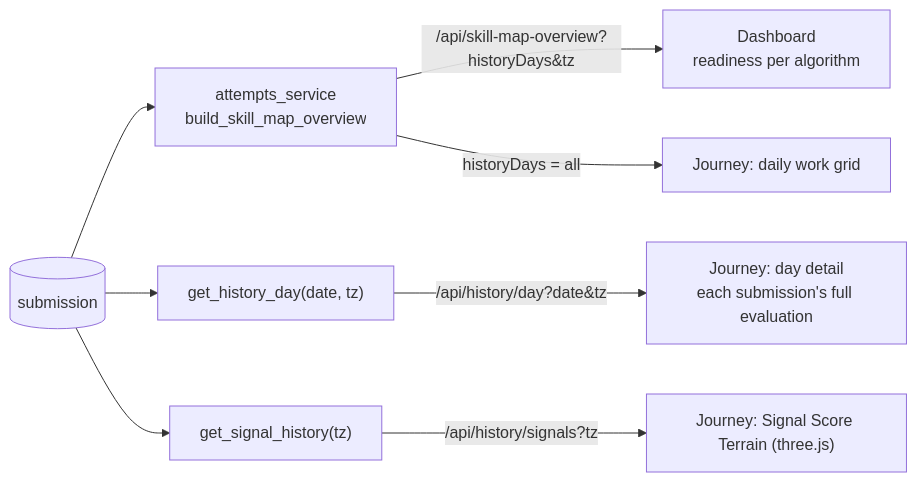
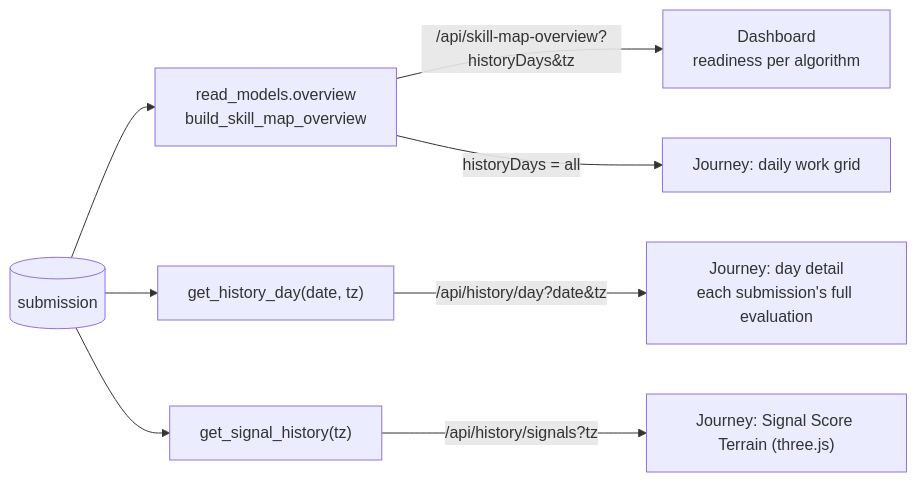
The fourth of 5 diagrams in docs/data-flow.md (maxmarzolf/system1), drawn with Mermaid before and after one commit. The commit also changed 5 other files, not shown here.

First line of the commit message:
Move readiness into domain and update the architecture docs

````diff
--- a/docs/data-flow.md
+++ b/docs/data-flow.md
@@ -130,10 +130,10 @@
 ```mermaid
 flowchart LR
-  DB[("submission")] --> O["attempts_service<br/>build_skill_map_overview"]
+  DB[("submission")] --> O["read_models.overview<br/>build_skill_map_overview"]
   DB --> HD["get_history_day(date, tz)"]
   DB --> SH["get_signal_history(tz)"]
   O -->|"/api/skill-map-overview?historyDays&tz"| Dash["Dashboard<br/>readiness per algorithm"]
   O -->|"historyDays = all"| Grid["Journey: daily work grid"]
   SH -->|"/api/history/signals?tz"| Terrain["Journey: Signal Score Terrain (three.js)"]
   HD -->|"/api/history/day?date&tz"| Day["Journey: day detail<br/>each submission's full evaluation"]
 ```
````
